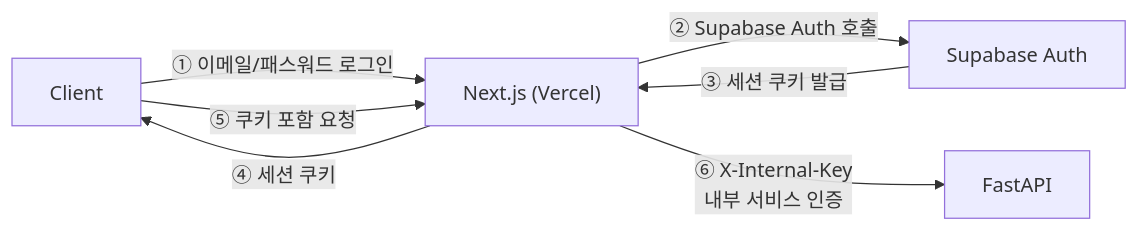
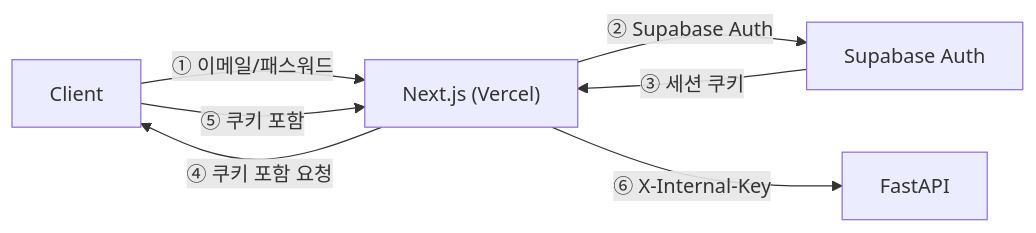
One commit to sammy0329/finsight-ai-agent changed the fourth of 4 diagrams in docs/TECH_STACK.md. Above: the diagram before and after it, drawn with Mermaid. The commit also changed other lines of this file and 3 other files, not shown here.

````diff
--- a/docs/TECH_STACK.md
+++ b/docs/TECH_STACK.md
@@ -293,9 +275,9 @@
 ```mermaid
 flowchart LR
-    Client -->|"① 이메일/패스워드 로그인"| NX["Next.js (Vercel)"]
-    NX -->|"② Supabase Auth 호출"| SA["Supabase Auth"]
-    SA -->|"③ 세션 쿠키 발급"| NX
-    NX -->|"④ 세션 쿠키"| Client
-    Client -->|"⑤ 쿠키 포함 요청"| NX
-    NX -->|"⑥ X-Internal-Key\n내부 서비스 인증"| FA["FastAPI"]
+    Client -->|"① 이메일/패스워드"| NX["Next.js (Vercel)"]
+    NX -->|"② Supabase Auth"| SA["Supabase Auth"]
+    SA -->|"③ 세션 쿠키"| NX
+    NX -->|"④ 쿠키 포함 요청"| Client
+    Client -->|"⑤ 쿠키 포함"| NX
+    NX -->|"⑥ X-Internal-Key"| FA["FastAPI"]
 ```
````
